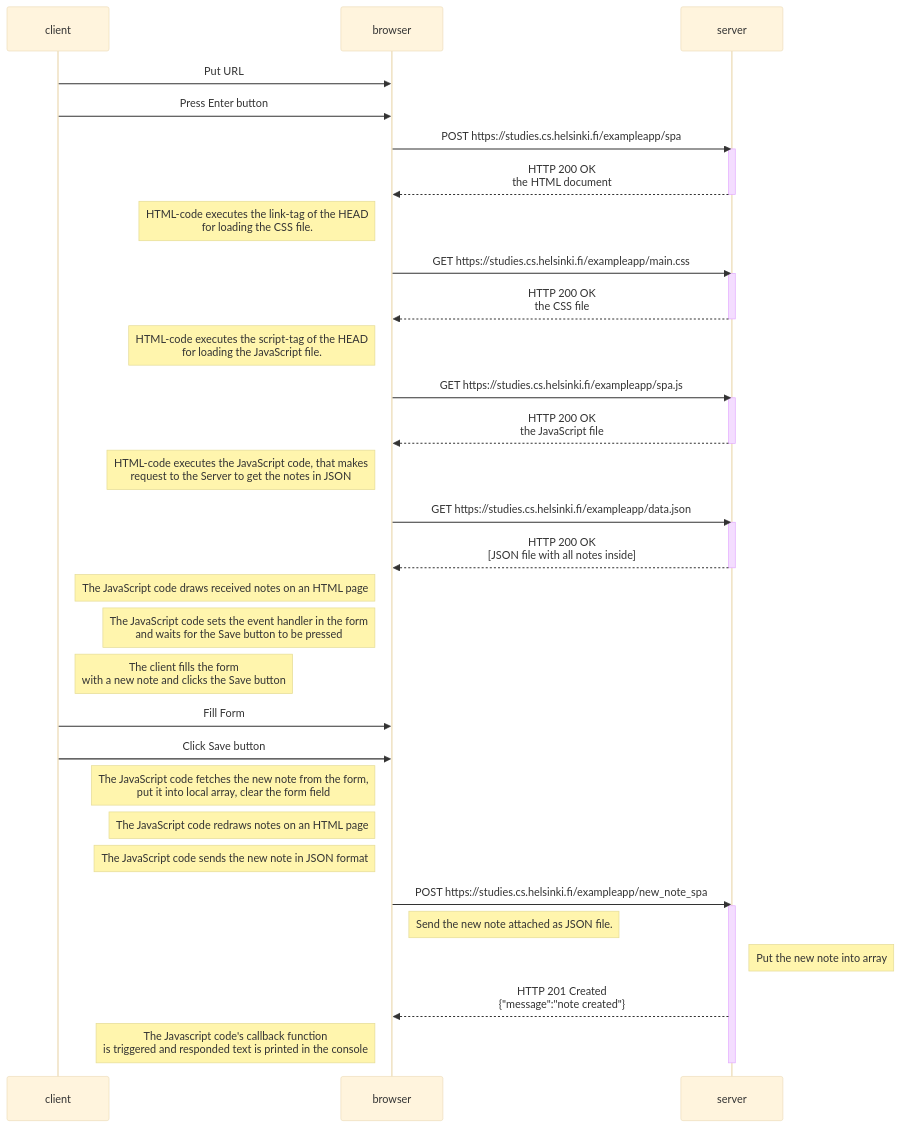
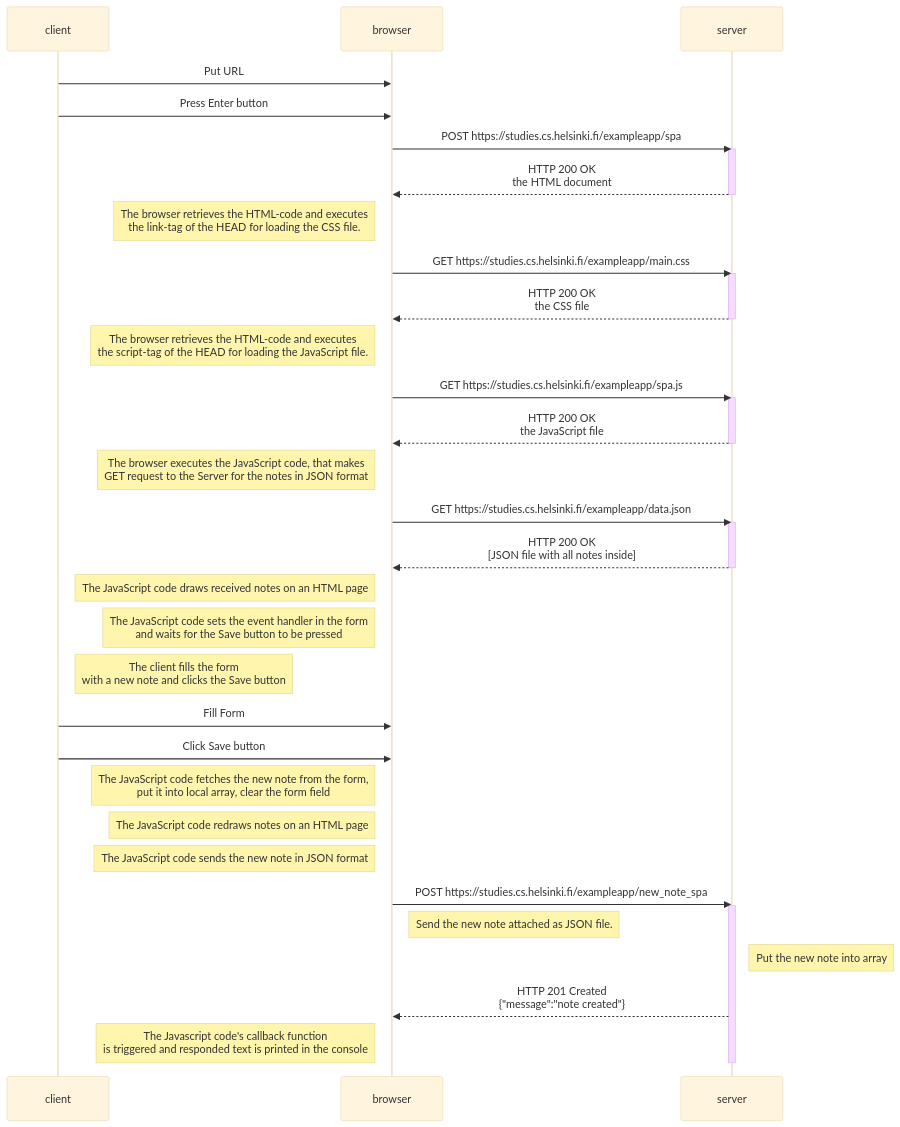
Before and after one commit to VadimZubchenko/fullstack-open-tehtavat: the diagram in osa0/Single_Page_App/README.md, drawn with Mermaid (base theme).

````diff
--- a/osa0/Single_Page_App/README.md
+++ b/osa0/Single_Page_App/README.md
@@ -1,49 +1,49 @@
 ```mermaid
 sequenceDiagram
     participant client
     participant browser
     participant server
     
     client->>browser: Put URL 
     client->>browser: Press Enter button
     browser->>server: POST https://studies.cs.helsinki.fi/exampleapp/spa
     activate server
     server-->>browser: HTTP 200 OK<br/>the HTML document
     deactivate server
 
-    Note left of browser: HTML-code executes the link-tag of the HEAD<br/>for loading the CSS file.
+    Note left of browser: The browser retrieves the HTML-code and executes<br/>the link-tag of the HEAD for loading the CSS file.
     browser->>server: GET https://studies.cs.helsinki.fi/exampleapp/main.css
     activate server
     server-->>browser: HTTP 200 OK<br/>the CSS file
     deactivate server
 
-    Note left of browser: HTML-code executes the script-tag of the HEAD<br/>for loading the JavaScript file.
+    Note left of browser: The browser retrieves the HTML-code and executes<br/>the script-tag of the HEAD for loading the JavaScript file.
     browser->>server: GET https://studies.cs.helsinki.fi/exampleapp/spa.js
     activate server
     server-->>browser: HTTP 200 OK<br/>the JavaScript file
     deactivate server
 
-    Note left of browser: HTML-code executes the JavaScript code, that makes<br/>request to the Server to get the notes in JSON 
+    Note left of browser: The browser executes the JavaScript code, that makes<br/>GET request to the Server for the notes in JSON format 
     browser->>server: GET https://studies.cs.helsinki.fi/exampleapp/data.json
     activate server
     server-->>browser: HTTP 200 OK<br/>[JSON file with all notes inside]
     deactivate server
 
     Note left of browser: The JavaScript code draws received notes on an HTML page 
     Note left of browser: The JavaScript code sets the event handler in the form<br/>and waits for the Save button to be pressed 
     Note right of client: The client fills the form<br/>with a new note and clicks the Save button 
     
     client->>browser: Fill Form
     client->>browser: Click Save button
     Note left of browser: The JavaScript code fetches the new note from the form,<br/>put it into local array, clear the form field
     Note left of browser: The JavaScript code redraws notes on an HTML page 
     Note left of browser: The JavaScript code sends the new note in JSON format
     browser->>server: POST https://studies.cs.helsinki.fi/exampleapp/new_note_spa
     activate server
     Note right of browser: Send the new note attached as JSON file.
     Note right of server: Put the new note into array
     server-->>browser: HTTP 201 Created<br/>{"message":"note created"}
     Note left of browser:  The Javascript code's callback function<br/>is triggered and responded text is printed in the console
     deactivate server    
 
 ```
````
